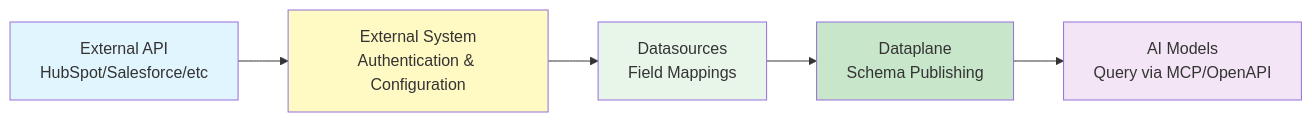
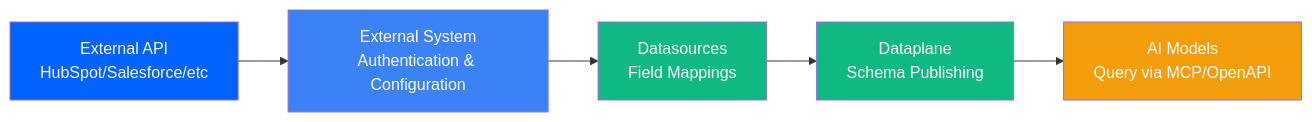
Before and after one commit to esystemsdev/aifabrix-builder: the first of 3 diagrams in docs/EXTERNAL-SYSTEMS.md, drawn with Mermaid. The commit also changed other lines of this file and 9 other files, not shown here.

````diff
--- a/docs/EXTERNAL-SYSTEMS.md
+++ b/docs/EXTERNAL-SYSTEMS.md
@@ -29,13 +29,13 @@
 ```mermaid
 flowchart LR
     ExternalAPI[External API<br/>HubSpot/Salesforce/etc] --> ExternalSystem[External System<br/>Authentication & Configuration]
     ExternalSystem --> Datasources[Datasources<br/>Field Mappings]
     Datasources --> Dataplane[Dataplane<br/>Schema Publishing]
     Dataplane --> AIModels[AI Models<br/>Query via MCP/OpenAPI]
     
-    style ExternalAPI fill:#e1f5ff
-    style ExternalSystem fill:#fff9c4
-    style Datasources fill:#e8f5e9
-    style Dataplane fill:#c8e6c9
-    style AIModels fill:#f3e5f5
+    style ExternalAPI fill:#0062FF,color:#FFFFFF
+    style ExternalSystem fill:#3B82F6,color:#FFFFFF
+    style Datasources fill:#10B981,color:#FFFFFF
+    style Dataplane fill:#10B981,color:#FFFFFF
+    style AIModels fill:#F59E0B,color:#FFFFFF
 ```
````
